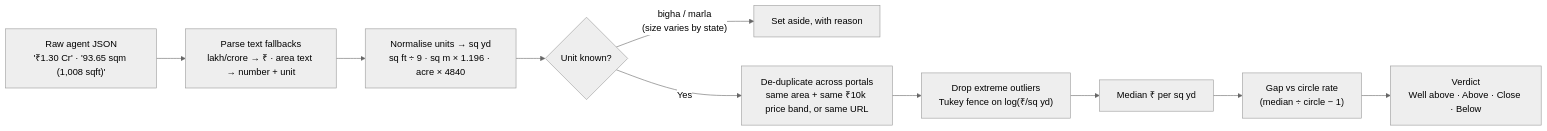
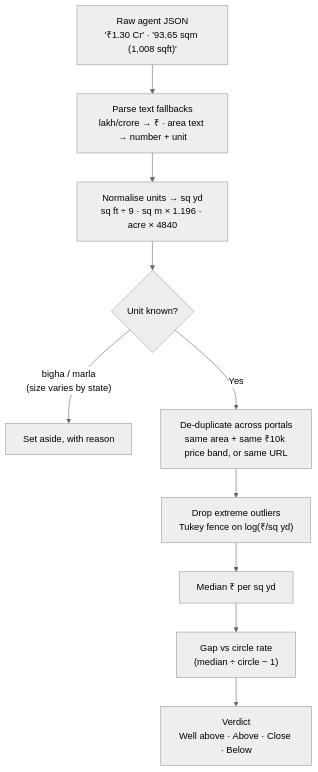
One commit to shivanshgoyal100/tinyfish changed the fourth of 4 diagrams in README.md. Above: the diagram before and after it, drawn with Mermaid (neutral theme). The commit also changed other lines of this file, not shown here.

First line of the commit message:
README: readable flowcharts on GitHub

````diff
--- a/README.md
+++ b/README.md
@@ -190,12 +166,12 @@
 ```mermaid
-flowchart LR
+flowchart TD
     RAW["Raw agent JSON<br/>'₹1.30 Cr' · '93.65 sqm (1,008 sqft)'"] --> P["Parse text fallbacks<br/>lakh/crore → ₹ · area text → number + unit"]
     P --> U["Normalise units → sq yd<br/>sq ft ÷ 9 · sq m × 1.196 · acre × 4840"]
     U --> X{"Unit known?"}
     X -- "bigha / marla<br/>(size varies by state)" --> D1["Set aside, with reason"]
     X -- Yes --> DD["De-duplicate across portals<br/>same area + same ₹10k price band, or same URL"]
     DD --> O["Drop extreme outliers<br/>Tukey fence on log(₹/sq yd)"]
     O --> MED["Median ₹ per sq yd"]
     MED --> GAP["Gap vs circle rate<br/>(median ÷ circle − 1)"]
     GAP --> VER["Verdict<br/>Well above · Above · Close · Below"]
 ```
````
